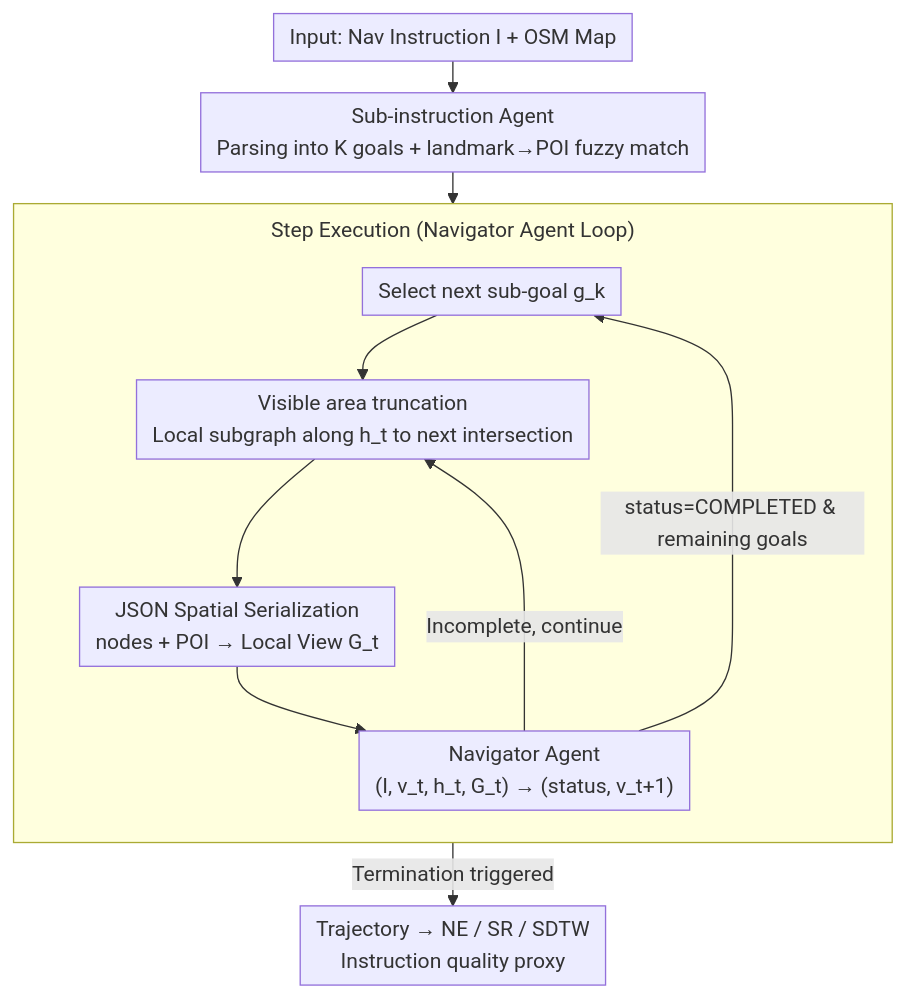
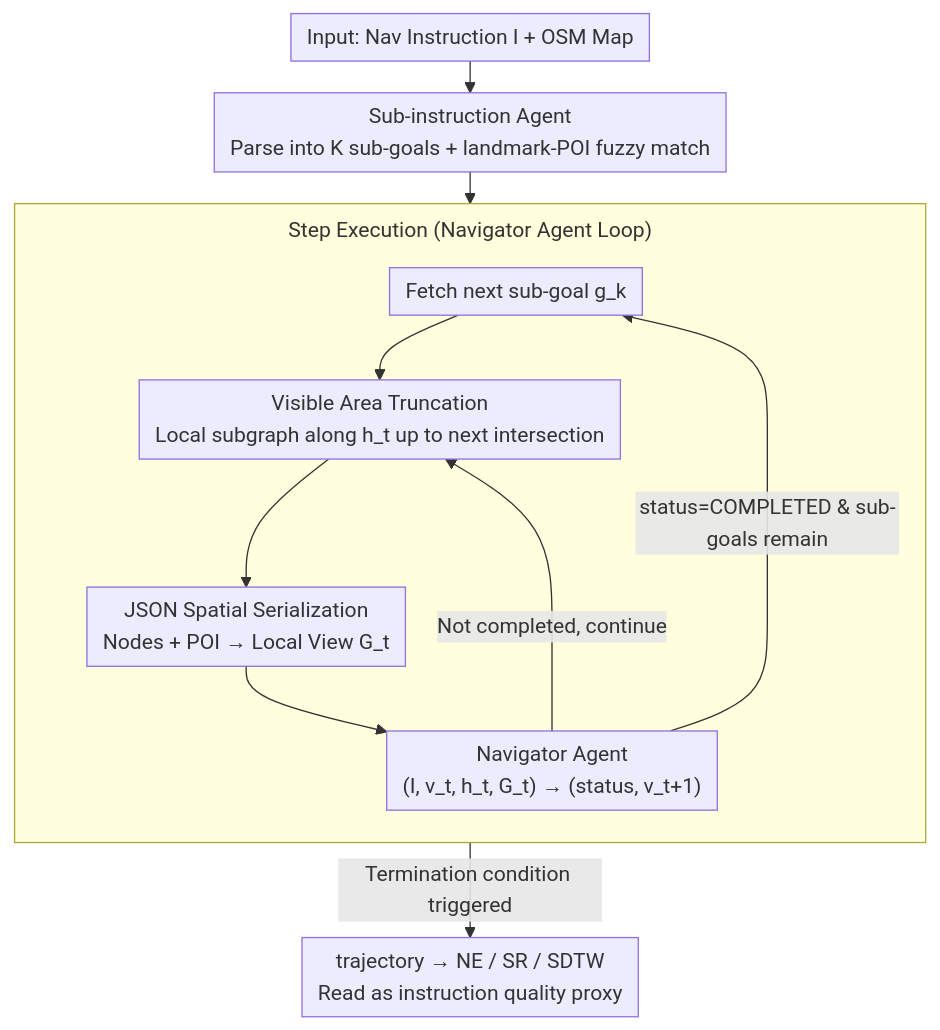
One commit to zhaoyang97/Paper-Notes-en changed the diagram in docs/ACL2026/robotics/groke_vision-free_navigation_instruction_evaluation_via_graph_reasoning_on_opens.md. Above: the diagram before and after it, drawn with Mermaid. The commit also changed other lines of this file and 5084 other files, not shown here.

````diff
--- a/docs/ACL2026/robotics/groke_vision-free_navigation_instruction_evaluation_via_graph_reasoning_on_opens.md
+++ b/docs/ACL2026/robotics/groke_vision-free_navigation_instruction_evaluation_via_graph_reasoning_on_opens.md
@@ -48,15 +48,15 @@
 ```mermaid
 %%{init: {'flowchart': {'rankSpacing': 24, 'nodeSpacing': 28, 'padding': 6, 'wrappingWidth': 400, 'subGraphTitleMargin': {'top': 8, 'bottom': 16}}}}%%
 flowchart TD
-    A["Input: Nav Instruction I + OSM Map"] --> B["Sub-instruction Agent<br/>Parsing into K goals + landmark→POI fuzzy match"]
-    B --> C["Select next sub-goal g_k"]
+    A["Input: Nav Instruction I + OSM Map"] --> B["Sub-instruction Agent<br/>Parse into K sub-goals + landmark-POI fuzzy match"]
+    B --> C["Fetch next sub-goal g_k"]
     subgraph STEP["Step Execution (Navigator Agent Loop)"]
         direction TB
-        C --> D["Visible area truncation<br/>Local subgraph along h_t to next intersection"]
-        D --> E["JSON Spatial Serialization<br/>nodes + POI → Local View G_t"]
+        C --> D["Visible Area Truncation<br/>Local subgraph along h_t up to next intersection"]
+        D --> E["JSON Spatial Serialization<br/>Nodes + POI → Local View G_t"]
         E --> F["Navigator Agent<br/>(I, v_t, h_t, G_t) → (status, v_t+1)"]
     end
-    F -->|"status=COMPLETED & remaining goals"| C
-    F -->|"Incomplete, continue"| D
-    F -->|"Termination triggered"| G["Trajectory → NE / SR / SDTW<br/>Instruction quality proxy"]
+    F -->|"status=COMPLETED & sub-goals remain"| C
+    F -->|"Not completed, continue"| D
+    F -->|"Termination condition triggered"| G["trajectory → NE / SR / SDTW<br/>Read as instruction quality proxy"]
 ```
````
